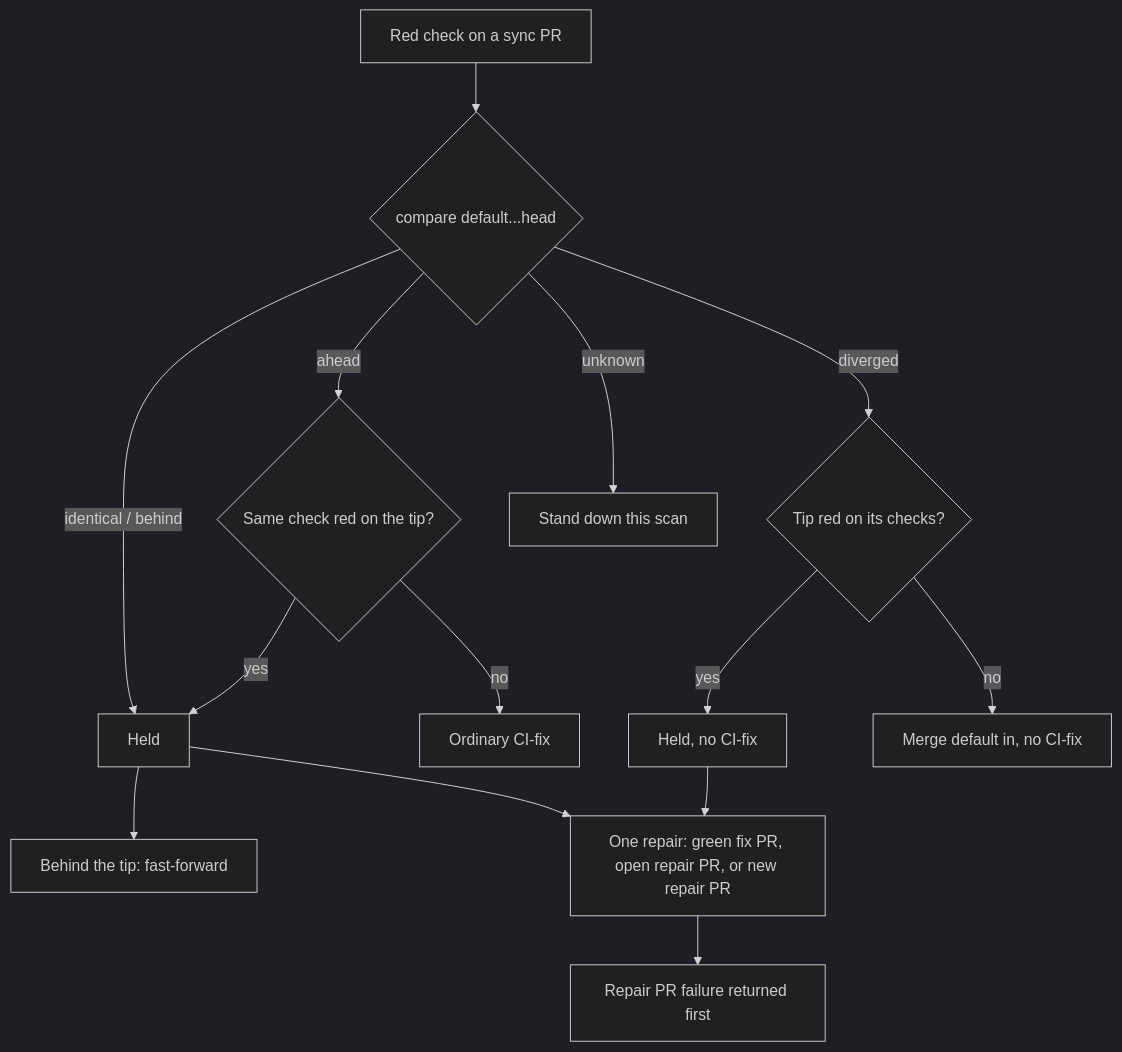
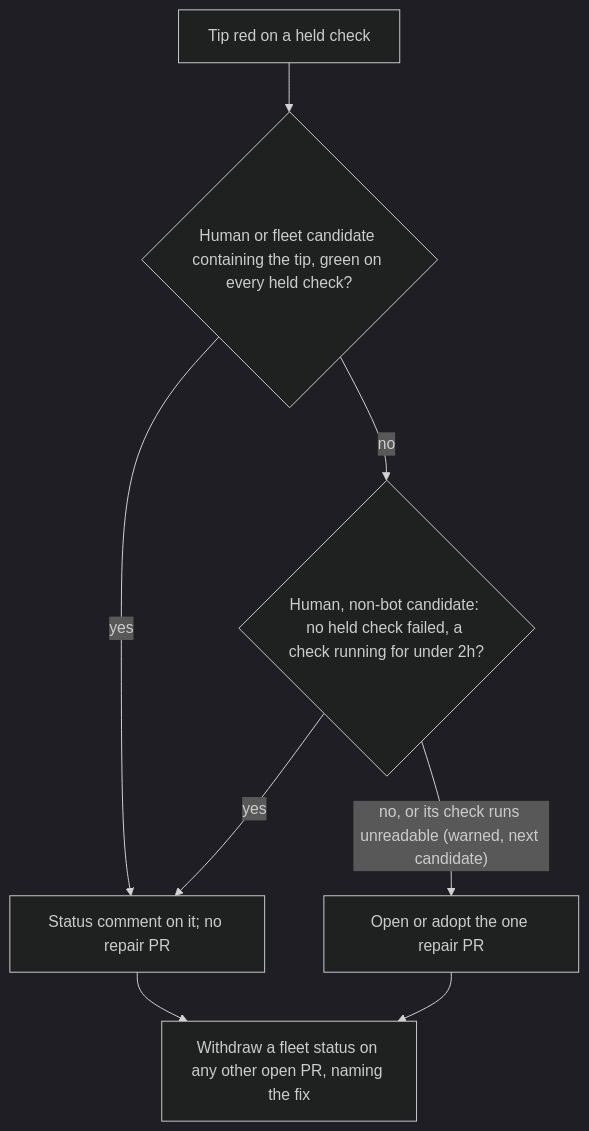
One commit to stSoftwareAU/VibeCoder changed the diagram in docs/archive/pr-summaries/pr-summary-5437.md. Above: the diagram before and after it, drawn with Mermaid (dark theme). The commit also changed other lines of this file and 5 other files, not shown here.

First line of the commit message:
Red main: the fleet ci-fixes one sync PR at a time instead of repairing main once, and every milestone stream stalls (Issue #5437) (#5466)

````diff
--- a/docs/archive/pr-summaries/pr-summary-5437.md
+++ b/docs/archive/pr-summaries/pr-summary-5437.md
@@ -107,16 +101,10 @@
 ```mermaid
 flowchart TD
-    S["Red check on a sync PR"] --> A{"compare default...head"}
-    A -- "identical / behind" --> H["Held"]
-    A -- "ahead" --> T{"Same check red on the tip?"}
-    T -- yes --> H
-    T -- no --> O["Ordinary CI-fix"]
-    A -- "diverged" --> D{"Tip red on its checks?"}
-    D -- yes --> H2["Held, no CI-fix"]
-    D -- no --> M["Merge default in, no CI-fix"]
-    A -- "unknown" --> U["Stand down this scan"]
-    H --> FF["Behind the tip: fast-forward"]
-    H --> R["One repair: green fix PR, open repair PR, or new repair PR"]
-    H2 --> R
-    R --> P["Repair PR failure returned first"]
+    R["Tip red on a held check"] --> G{"Human or fleet candidate containing the tip, green on every held check?"}
+    G -- yes --> C["Status comment on it; no repair PR"]
+    G -- no --> P{"Human, non-bot candidate: no held check failed, a check running for under 2h?"}
+    P -- yes --> C
+    P -- "no, or its check runs unreadable (warned, next candidate)" --> X["Open or adopt the one repair PR"]
+    C --> W["Withdraw a fleet status on any other open PR, naming the fix"]
+    X --> W
 ```
````
